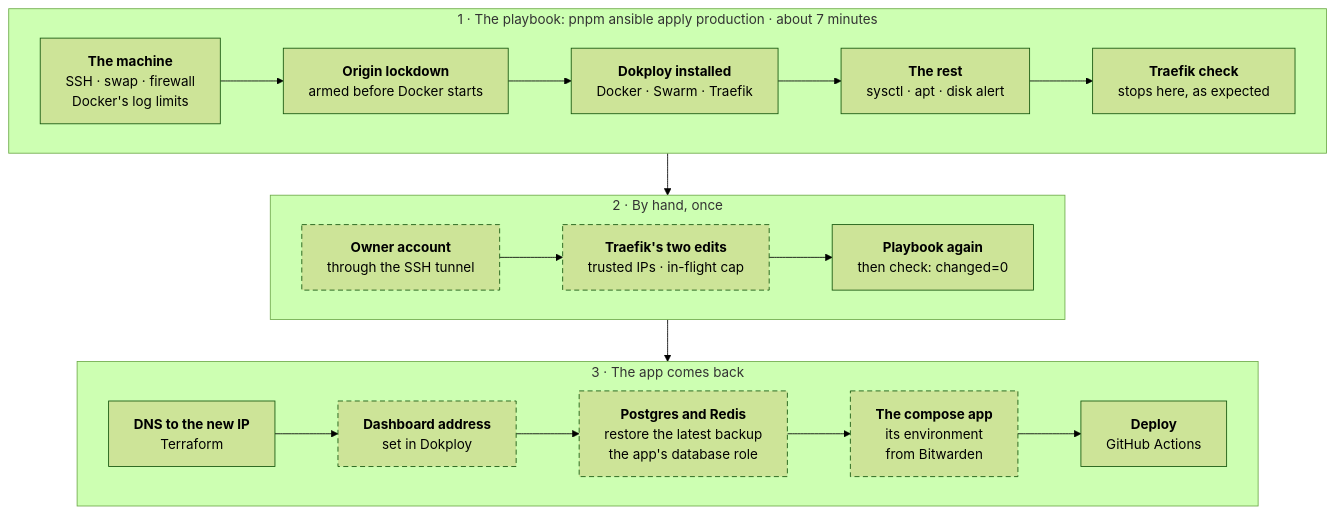
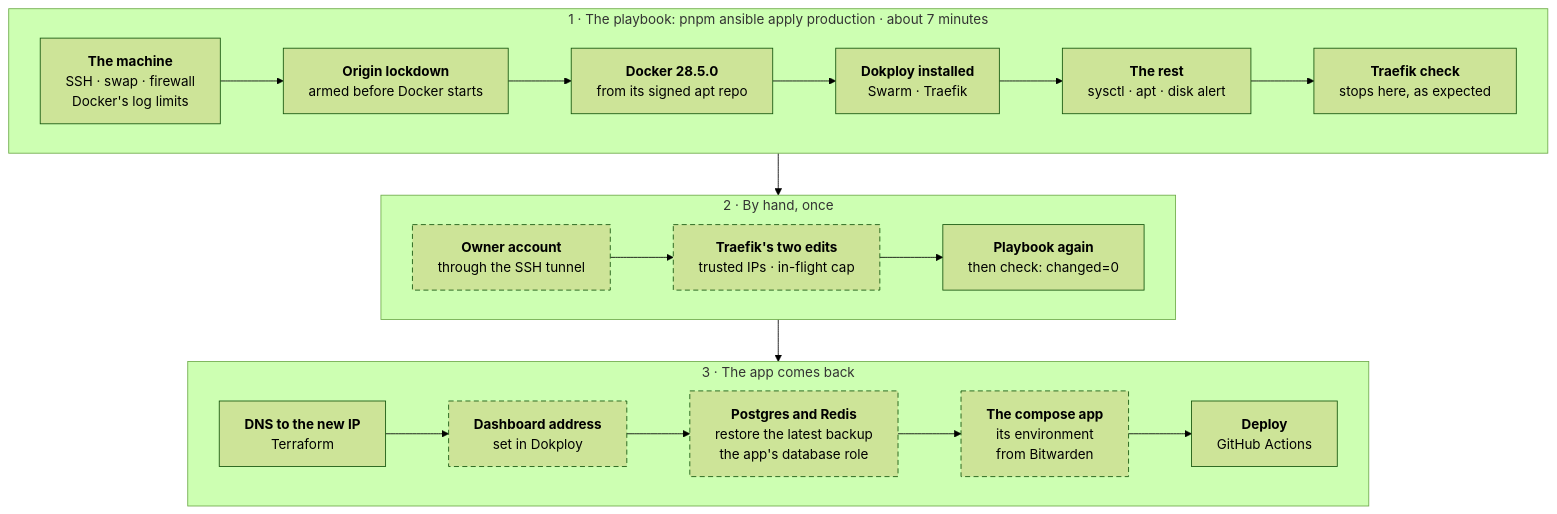
One commit to Ashfak-Hossain/EchoAndAura changed the diagram in docs/infra/SERVER.md. Above: the diagram before and after it, drawn with Mermaid (forest theme). The commit also changed other lines of this file and 14 other files, not shown here.

First line of the commit message:
ci(ansible): install Docker from its signed apt repository

````diff
--- a/docs/infra/SERVER.md
+++ b/docs/infra/SERVER.md
@@ -1160,39 +1169,40 @@
 ```mermaid
 %%{init: {"flowchart": {"wrappingWidth": 240}}}%%
 flowchart TB
     subgraph play ["1 · The playbook: pnpm ansible apply production · about 7 minutes"]
         direction LR
         machine["`**The machine**
         SSH · swap · firewall
         Docker's log limits`"] --> lock["`**Origin lockdown**
-        armed before Docker starts`"] --> dokploy["`**Dokploy installed**
-        Docker · Swarm · Traefik`"] --> rest["`**The rest**
+        armed before Docker starts`"] --> docker["`**Docker 28.5.0**
+        from its signed apt repo`"] --> dokploy["`**Dokploy installed**
+        Swarm · Traefik`"] --> rest["`**The rest**
         sysctl · apt · disk alert`"] --> guard["`**Traefik check**
         stops here, as expected`"]
     end
 
     subgraph once ["2 · By hand, once"]
         direction LR
         owner["`**Owner account**
         through the SSH tunnel`"] --> edits["`**Traefik's two edits**
         trusted IPs · in-flight cap`"] --> rerun["`**Playbook again**
         then check: changed=0`"]
     end
 
     subgraph app ["3 · The app comes back"]
         direction LR
         dns["`**DNS to the new IP**
         Terraform`"] --> domain["`**Dashboard address**
         set in Dokploy`"] --> data["`**Postgres and Redis**
         restore the latest backup
         the app's database role`"] --> compose["`**The compose app**
         its environment
         from Bitwarden`"] --> deploy["`**Deploy**
         GitHub Actions`"]
     end
 
     play --> once --> app
 
     classDef manual stroke-dasharray: 6 4
     class owner,edits,domain,data,compose manual
 ```
````
